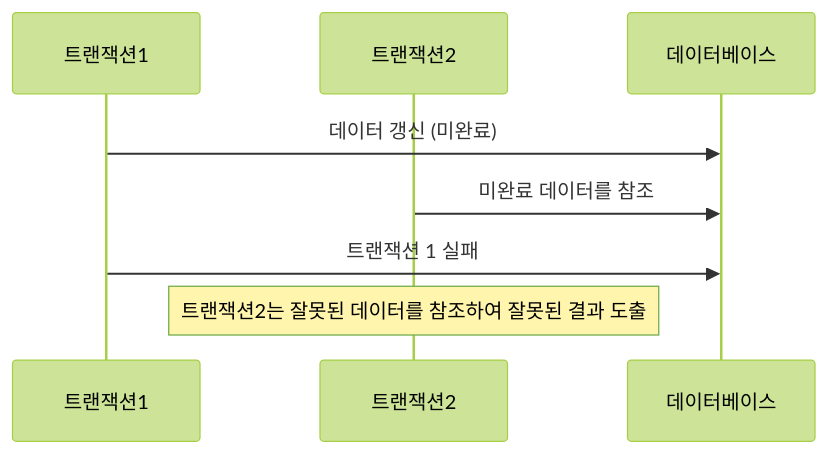
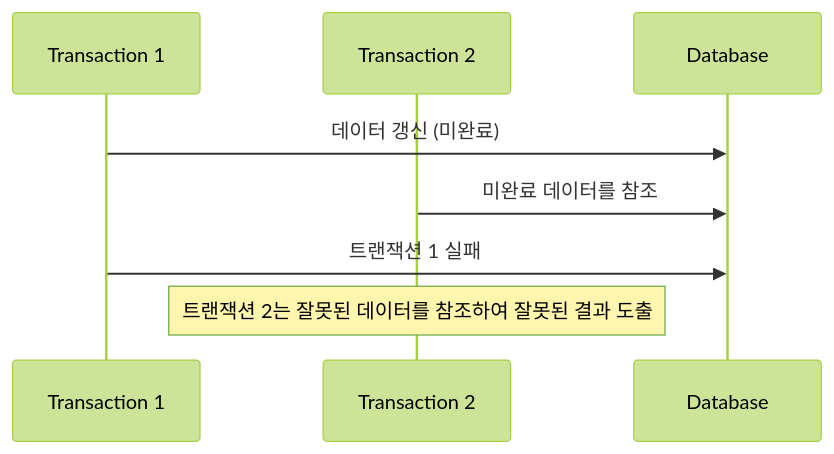
The fourth of 4 diagrams in collections/_drafts/skills/database/transaction/concurrency-control.md (choesimin/choesimin.github.io), drawn with Mermaid (forest theme) before and after one commit. The commit also changed other lines of this file, not shown here.

````diff
--- a/collections/_drafts/skills/database/transaction/concurrency-control.md
+++ b/collections/_drafts/skills/database/transaction/concurrency-control.md
@@ -141,11 +130,11 @@
 ```mermaid
 sequenceDiagram
-    participant 트랜잭션1
-    participant 트랜잭션2
-    participant 데이터베이스
+    participant t1 as Transaction 1
+    participant t2 as Transaction 2
+    participant db as Database
 
-    트랜잭션1->>데이터베이스: 데이터 갱신 (미완료)
-    트랜잭션2->>데이터베이스: 미완료 데이터를 참조
-    트랜잭션1->>데이터베이스: 트랜잭션 1 실패
-    Note over 트랜잭션2: 트랜잭션2는 잘못된 데이터를 참조하여 잘못된 결과 도출
+    t1 ->> db : 데이터 갱신 (미완료)
+    t2 ->> db : 미완료 데이터를 참조
+    t1 ->> db : 트랜잭션 1 실패
+    Note over t2 : 트랜잭션 2는 잘못된 데이터를 참조하여 잘못된 결과 도출
 ```
````
